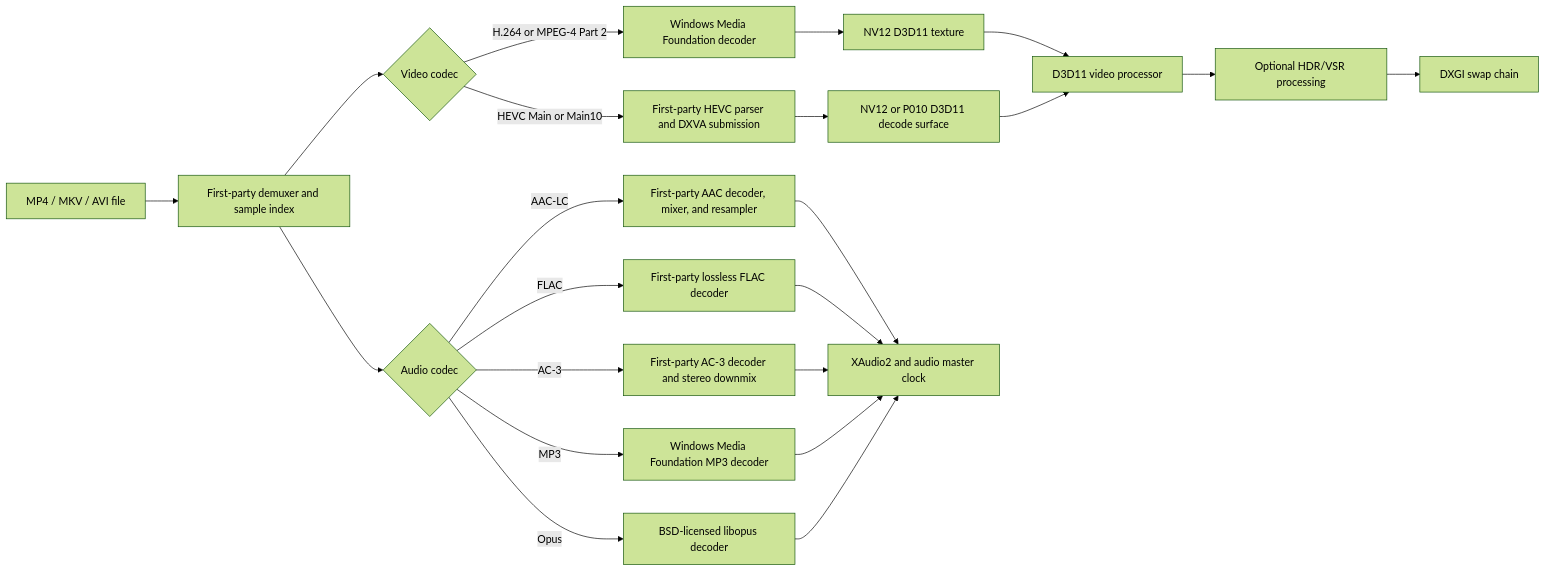
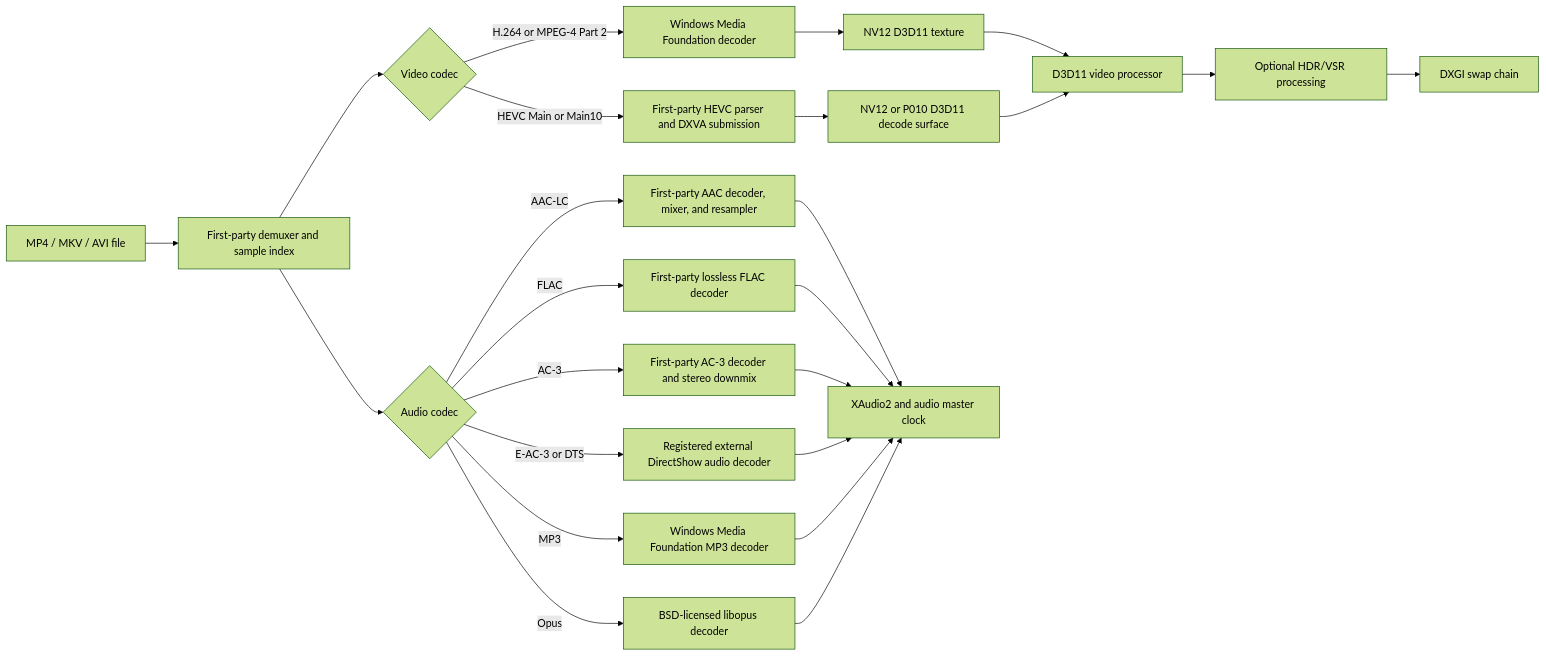
One commit to tklee000/movieplayer changed the first of 2 diagrams in docs/MoviePlayer-Wiki.md. Above: the diagram before and after it, drawn with Mermaid (forest theme). The commit also changed other lines of this file and 17 other files, not shown here.

````diff
--- a/docs/MoviePlayer-Wiki.md
+++ b/docs/MoviePlayer-Wiki.md
@@ -49,24 +52,26 @@
 ```mermaid
 flowchart LR
     A["MP4 / MKV / AVI file"] --> B["First-party demuxer and sample index"]
     B --> C{"Video codec"}
     C -->|"H.264 or MPEG-4 Part 2"| D["Windows Media Foundation decoder"]
     C -->|"HEVC Main or Main10"| E["First-party HEVC parser and DXVA submission"]
     D --> F["NV12 D3D11 texture"]
     E --> G["NV12 or P010 D3D11 decode surface"]
     F --> H["D3D11 video processor"]
     G --> H
     H --> I["Optional HDR/VSR processing"]
     I --> J["DXGI swap chain"]
     B --> K{"Audio codec"}
     K -->|"AAC-LC"| L["First-party AAC decoder, mixer, and resampler"]
     K -->|"FLAC"| Q["First-party lossless FLAC decoder"]
     K -->|"AC-3"| P["First-party AC-3 decoder and stereo downmix"]
+    K -->|"E-AC-3 or DTS"| R["Registered external DirectShow audio decoder"]
     K -->|"MP3"| M["Windows Media Foundation MP3 decoder"]
     K -->|"Opus"| O["BSD-licensed libopus decoder"]
     L --> N["XAudio2 and audio master clock"]
     Q --> N
     P --> N
+    R --> N
     M --> N
     O --> N
 ```
````
